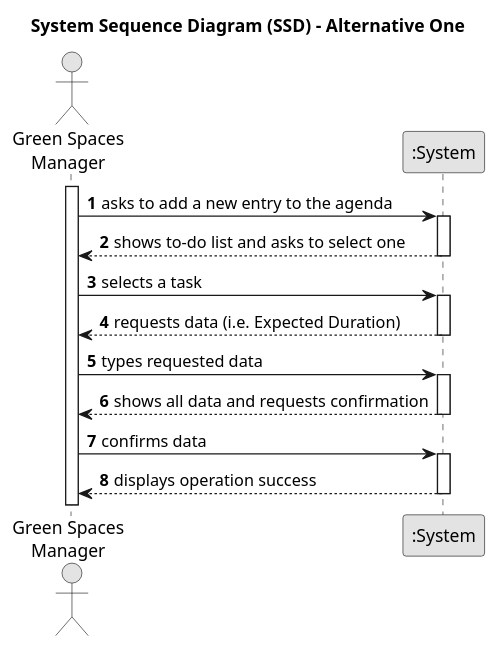
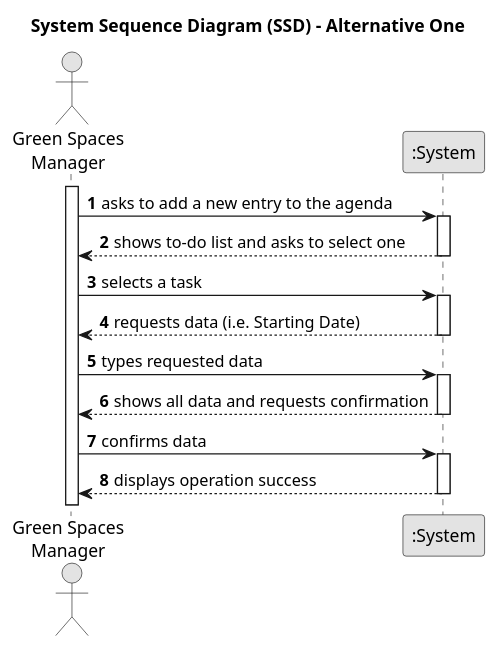
One commit to daniel41silva05/ISEP_2023_2024_LAPR2 changed the diagram in docs/sprintA&B&C/us022/01.requirements-engineering/puml/us022-system-sequence-diagram-alternative-one.puml. Above: the diagram before and after it, drawn with PlantUML. The commit also changed 7 other files, not shown here.

Commit message:
US22 - Class Diagram #10

```diff
--- a/docs/sprintA&B&C/us022/01.requirements-engineering/puml/us022-system-sequence-diagram-alternative-one.puml
+++ b/docs/sprintA&B&C/us022/01.requirements-engineering/puml/us022-system-sequence-diagram-alternative-one.puml
@@ -1,39 +1,39 @@
 @startuml
 skinparam monochrome true
 skinparam packageStyle rectangle
 skinparam shadowing false
 
 title System Sequence Diagram (SSD) - Alternative One
 
 autonumber
 
 actor "Green Spaces\nManager" as GSM
 participant ":System" as System
 
 activate GSM
 
     GSM -> System : asks to add a new entry to the agenda
     activate System
 
         System --> GSM : shows to-do list and asks to select one
     deactivate System
 
     GSM -> System : selects a task
     activate System
 
-        System --> GSM : requests data (i.e. Expected Duration)
+        System --> GSM : requests data (i.e. Starting Date)
     deactivate System
 
     GSM -> System : types requested data
     activate System
 
         System --> GSM : shows all data and requests confirmation
     deactivate System
 
     GSM -> System : confirms data
     activate System
 
         System --> GSM : displays operation success
     deactivate System
 
 @enduml
```
